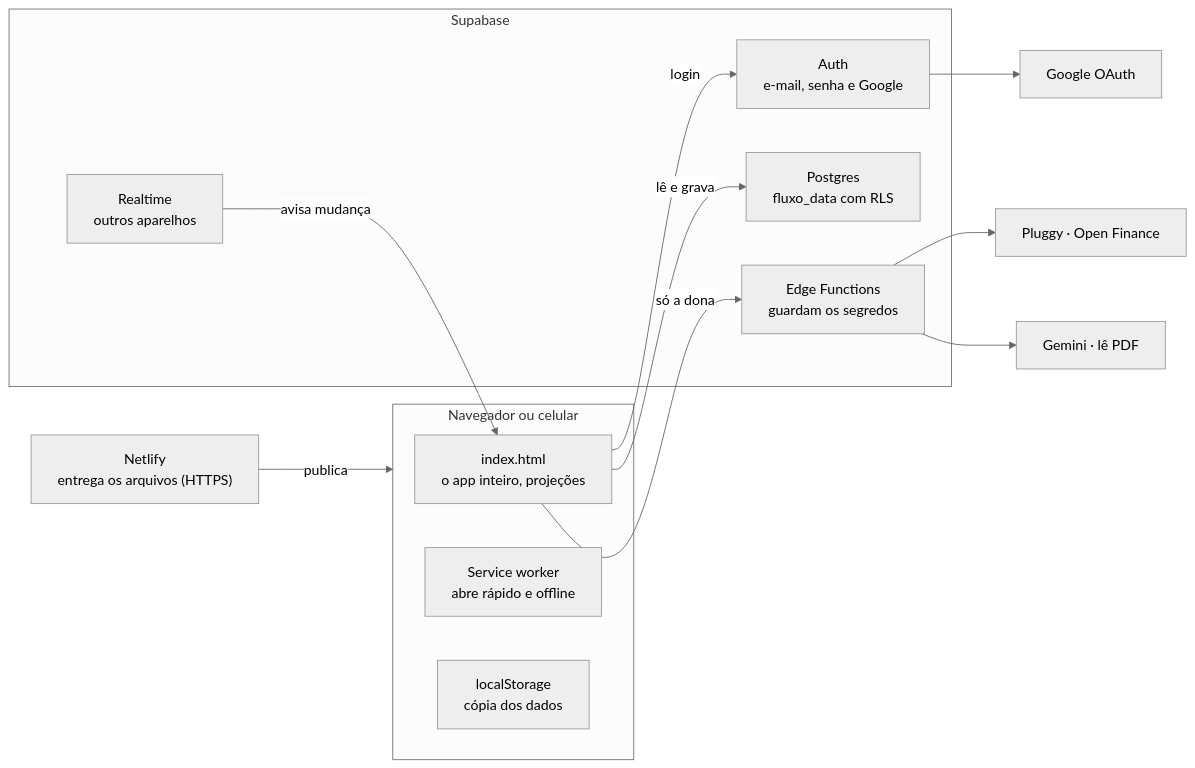
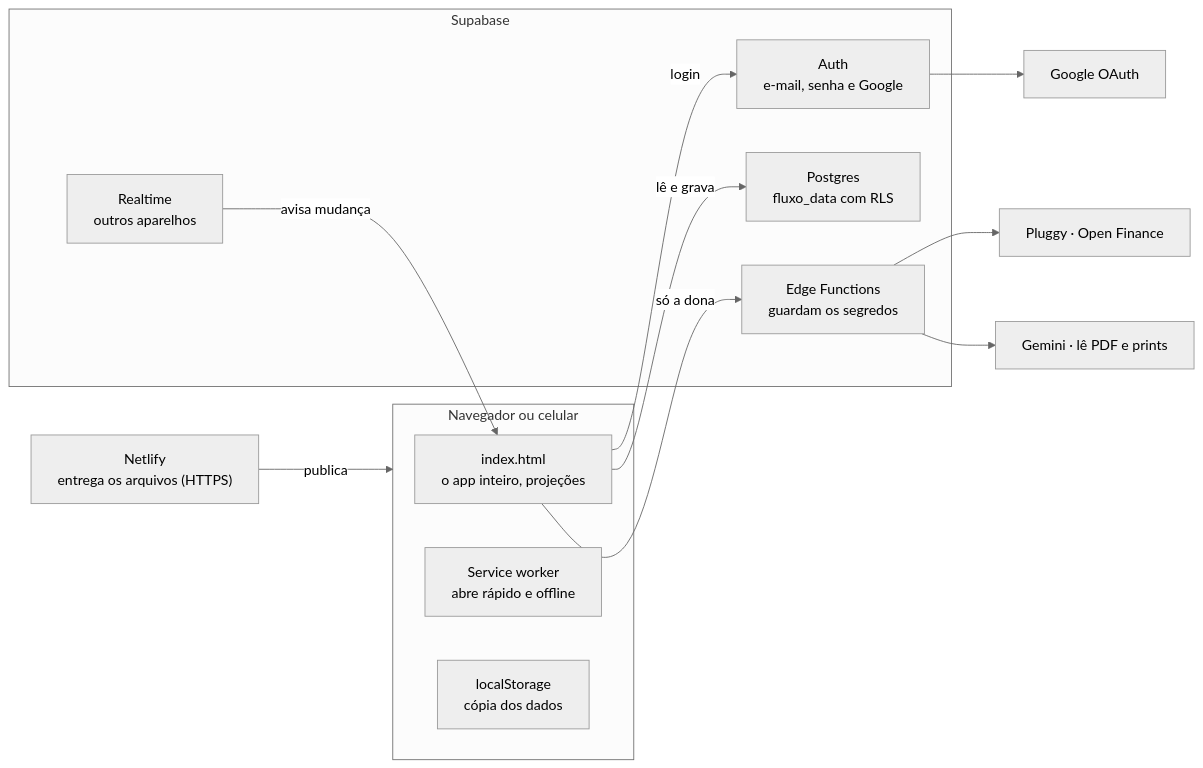
The diagram in docs/ARQUITETURA.md (Jullross/fluxo-previsto), drawn with Mermaid (neutral theme) before and after one commit. The commit also changed 9 other files, not shown here.

First line of the commit message:
v18: IA lê prints em JPG e PNG, além de PDF

````diff
--- a/docs/ARQUITETURA.md
+++ b/docs/ARQUITETURA.md
@@ -5,22 +5,22 @@
 ```mermaid
 flowchart LR
   subgraph NAV["Navegador ou celular"]
     APP["index.html<br/>o app inteiro, projeções"]
     SW["Service worker<br/>abre rápido e offline"]
     LS["localStorage<br/>cópia dos dados"]
   end
   subgraph SB["Supabase"]
     AUTH["Auth<br/>e-mail, senha e Google"]
     PG["Postgres<br/>fluxo_data com RLS"]
     RT["Realtime<br/>outros aparelhos"]
     EF["Edge Functions<br/>guardam os segredos"]
   end
   NET["Netlify<br/>entrega os arquivos (HTTPS)"] -->|publica| NAV
   APP -->|login| AUTH
   APP -->|lê e grava| PG
   RT -->|avisa mudança| APP
   APP -->|só a dona| EF
   AUTH --> GOO["Google OAuth"]
   EF --> PLU["Pluggy · Open Finance"]
-  EF --> GEM["Gemini · lê PDF"]
+  EF --> GEM["Gemini · lê PDF e prints"]
 ```
````
